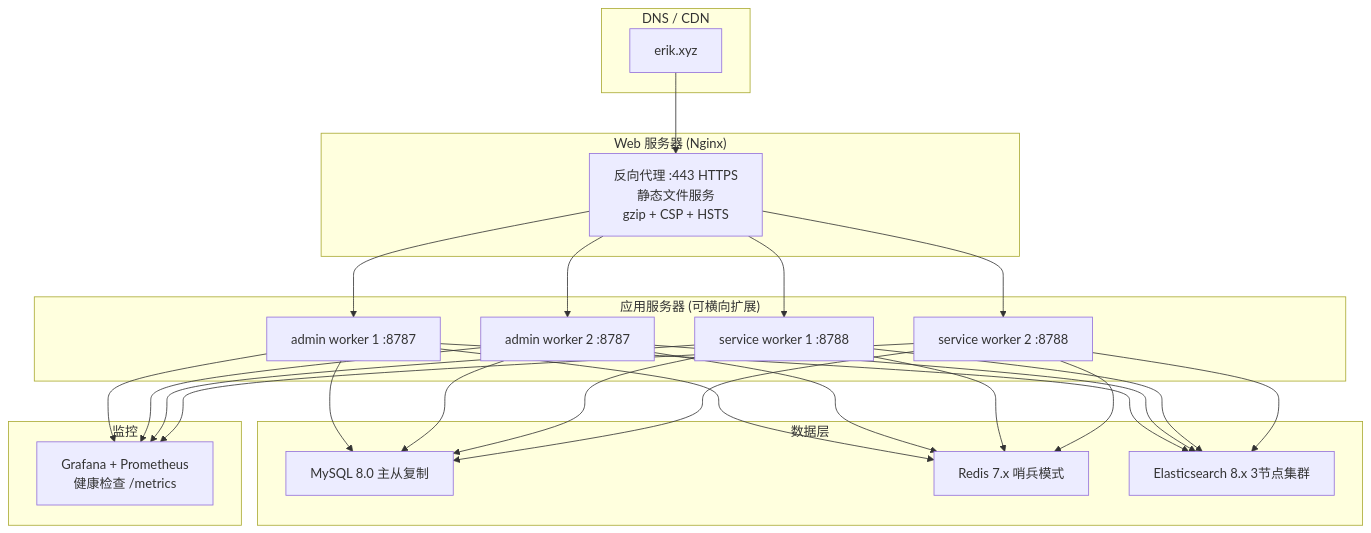
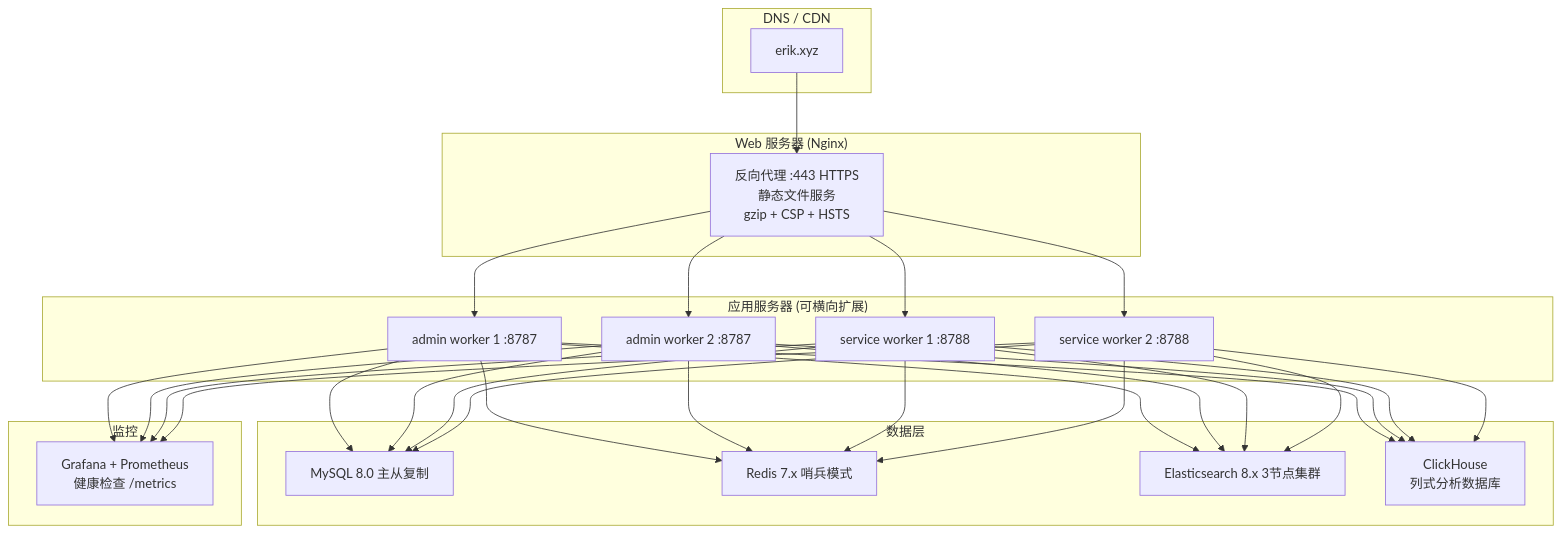
The second of 2 diagrams in docs/ARCHITECTURE.md (erikwang2013/game-platform-php), drawn with Mermaid before and after one commit. The commit also changed other lines of this file and 86 other files, not shown here.

````diff
--- a/docs/ARCHITECTURE.md
+++ b/docs/ARCHITECTURE.md
@@ -206,32 +208,33 @@
 ```mermaid
 flowchart TB
     subgraph "DNS / CDN"
         DNS["erik.xyz"]
     end
 
     subgraph "Web 服务器 (Nginx)"
         NGX["反向代理 :443 HTTPS<br/>静态文件服务<br/>gzip + CSP + HSTS"]
     end
 
     subgraph "应用服务器 (可横向扩展)"
         ADM1["admin worker 1 :8787"]
         ADM2["admin worker 2 :8787"]
         SVC1["service worker 1 :8788"]
         SVC2["service worker 2 :8788"]
     end
 
     subgraph "数据层"
         MYSQL["MySQL 8.0 主从复制"]
         REDIS["Redis 7.x 哨兵模式"]
         ES["Elasticsearch 8.x 3节点集群"]
+        CH["ClickHouse<br/>列式分析数据库"]
     end
 
     subgraph "监控"
         MON["Grafana + Prometheus<br/>健康检查 /metrics"]
     end
 
     DNS --> NGX
     NGX --> ADM1 & ADM2 & SVC1 & SVC2
-    ADM1 & ADM2 & SVC1 & SVC2 --> MYSQL & REDIS & ES
+    ADM1 & ADM2 & SVC1 & SVC2 --> MYSQL & REDIS & ES & CH
     ADM1 & ADM2 & SVC1 & SVC2 --> MON
 ```
````
